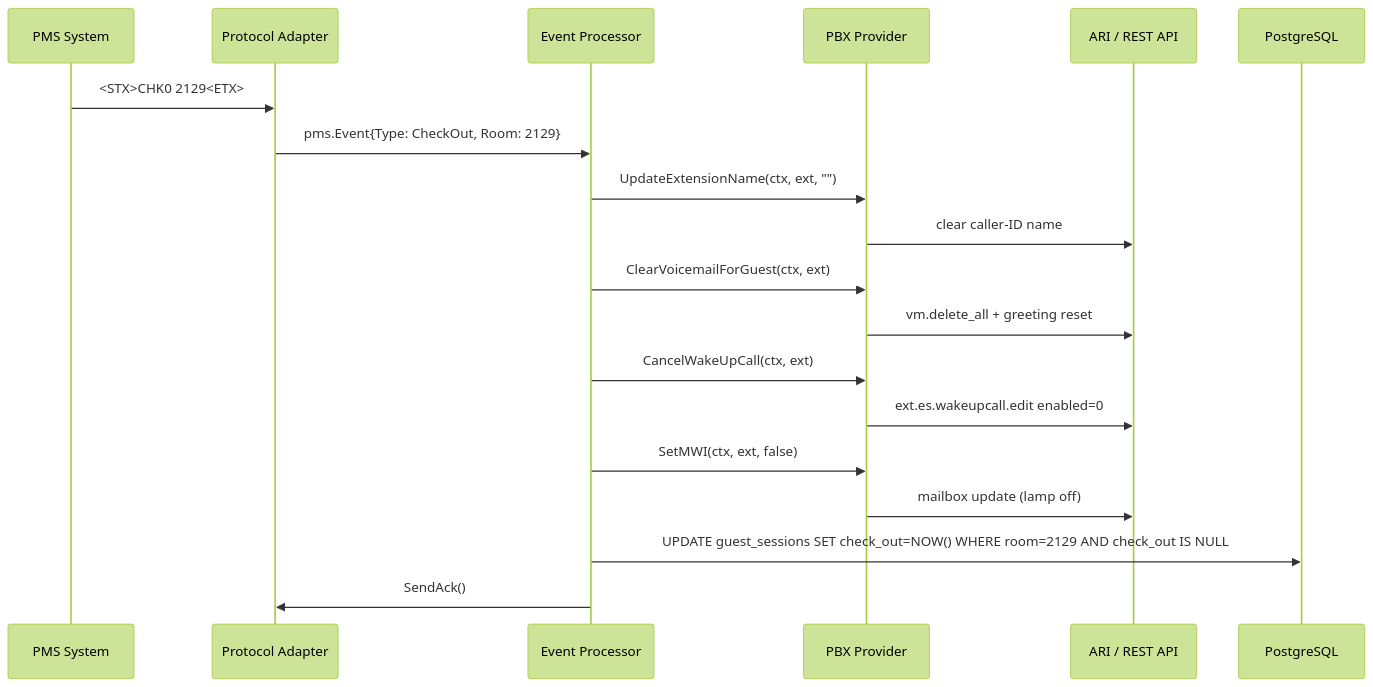
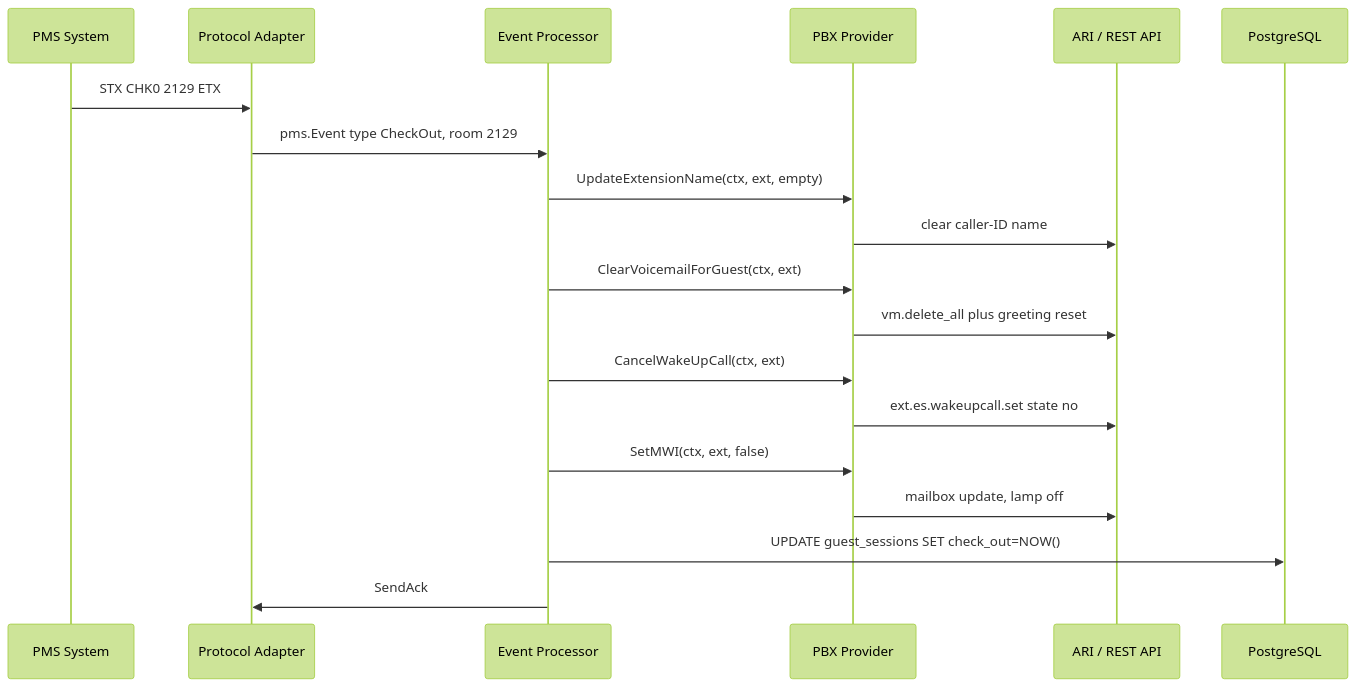
One commit to sagostin/pbx-hospitality changed the fourth of 8 diagrams in docs/architecture.md. Above: the diagram before and after it, drawn with Mermaid (forest theme). The commit also changed other lines of this file and 4 other files, not shown here.

First line of the commit message:
docs(mermaid): fix all 28 mermaid diagrams to render reliably

````diff
--- a/docs/architecture.md
+++ b/docs/architecture.md
@@ -353,22 +353,22 @@
 ```mermaid
 sequenceDiagram
     participant PMS as PMS System
     participant Adapter as Protocol Adapter
     participant Processor as Event Processor
     participant PBX as PBX Provider
     participant ARI as ARI / REST API
     participant DB as PostgreSQL
 
-    PMS->>Adapter: <STX>CHK0 2129<ETX>
-    Adapter->>Processor: pms.Event{Type: CheckOut, Room: 2129}
-    Processor->>PBX: UpdateExtensionName(ctx, ext, "")
+    PMS->>Adapter: STX CHK0 2129 ETX
+    Adapter->>Processor: pms.Event type CheckOut, room 2129
+    Processor->>PBX: UpdateExtensionName(ctx, ext, empty)
     PBX->>ARI: clear caller-ID name
     Processor->>PBX: ClearVoicemailForGuest(ctx, ext)
-    PBX->>ARI: vm.delete_all + greeting reset
+    PBX->>ARI: vm.delete_all plus greeting reset
     Processor->>PBX: CancelWakeUpCall(ctx, ext)
-    PBX->>ARI: ext.es.wakeupcall.edit enabled=0
+    PBX->>ARI: ext.es.wakeupcall.set state no
     Processor->>PBX: SetMWI(ctx, ext, false)
-    PBX->>ARI: mailbox update (lamp off)
-    Processor->>DB: UPDATE guest_sessions SET check_out=NOW() WHERE room=2129 AND check_out IS NULL
-    Processor->>Adapter: SendAck()
+    PBX->>ARI: mailbox update, lamp off
+    Processor->>DB: UPDATE guest_sessions SET check_out=NOW()
+    Processor->>Adapter: SendAck
 ```
````
